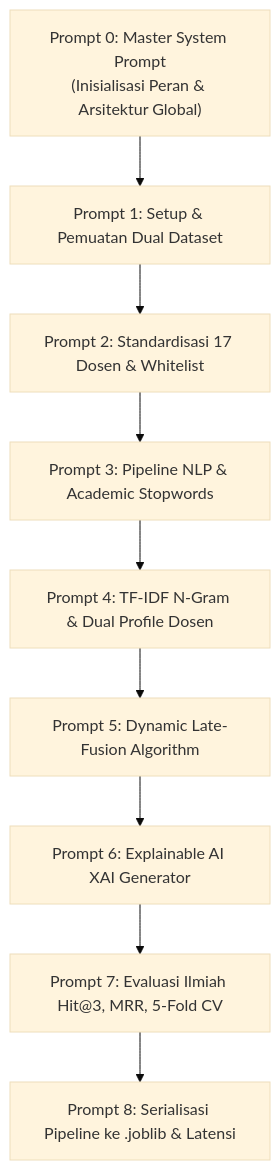
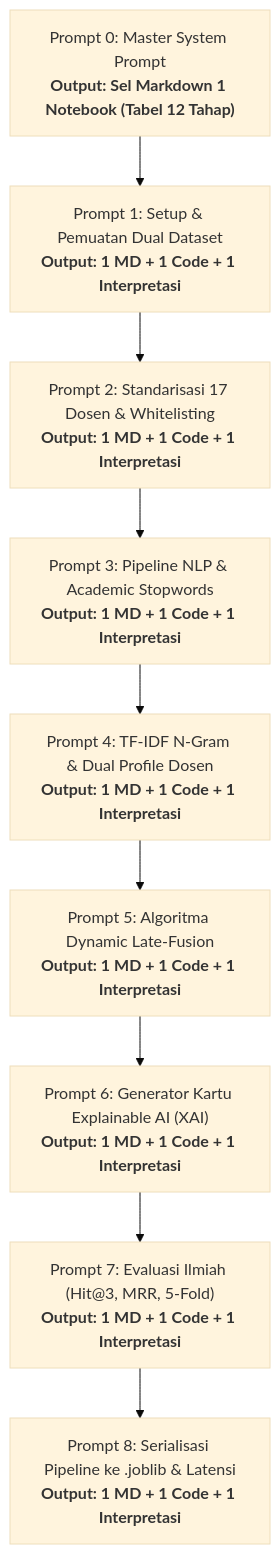
The diagram in docs/Panduan_Prompt_Model_IPYNB.md (accfd/SI-REKTA), drawn with Mermaid (base theme) before and after one commit. The commit also changed other lines of this file, not shown here.

Commit message:
docs: standarisasi prompt ringan 1 MD + 1 Code + 1 Interpretasi dan tabel 12 tahap pada Prompt 0

````diff
--- a/docs/Panduan_Prompt_Model_IPYNB.md
+++ b/docs/Panduan_Prompt_Model_IPYNB.md
@@ -22,11 +30,11 @@
 ```mermaid
 graph TD
-    P0["Prompt 0: Master System Prompt<br>(Inisialisasi Peran & Arsitektur Global)"] --> P1["Prompt 1: Setup & Pemuatan Dual Dataset"]
-    P1 --> P2["Prompt 2: Standardisasi 17 Dosen & Whitelist"]
-    P2 --> P3["Prompt 3: Pipeline NLP & Academic Stopwords"]
-    P3 --> P4["Prompt 4: TF-IDF N-Gram & Dual Profile Dosen"]
-    P4 --> P5["Prompt 5: Dynamic Late-Fusion Algorithm"]
-    P5 --> P6["Prompt 6: Explainable AI XAI Generator"]
-    P6 --> P7["Prompt 7: Evaluasi Ilmiah Hit@3, MRR, 5-Fold CV"]
-    P7 --> P8["Prompt 8: Serialisasi Pipeline ke .joblib & Latensi"]
+    P0["Prompt 0: Master System Prompt<br><b>Output: Sel Markdown 1 Notebook (Tabel 12 Tahap)</b>"] --> P1["Prompt 1: Setup & Pemuatan Dual Dataset<br><b>Output: 1 MD + 1 Code + 1 Interpretasi</b>"]
+    P1 --> P2["Prompt 2: Standarisasi 17 Dosen & Whitelisting<br><b>Output: 1 MD + 1 Code + 1 Interpretasi</b>"]
+    P2 --> P3["Prompt 3: Pipeline NLP & Academic Stopwords<br><b>Output: 1 MD + 1 Code + 1 Interpretasi</b>"]
+    P3 --> P4["Prompt 4: TF-IDF N-Gram & Dual Profile Dosen<br><b>Output: 1 MD + 1 Code + 1 Interpretasi</b>"]
+    P4 --> P5["Prompt 5: Algoritma Dynamic Late-Fusion<br><b>Output: 1 MD + 1 Code + 1 Interpretasi</b>"]
+    P5 --> P6["Prompt 6: Generator Kartu Explainable AI (XAI)<br><b>Output: 1 MD + 1 Code + 1 Interpretasi</b>"]
+    P6 --> P7["Prompt 7: Evaluasi Ilmiah (Hit@3, MRR, 5-Fold)<br><b>Output: 1 MD + 1 Code + 1 Interpretasi</b>"]
+    P7 --> P8["Prompt 8: Serialisasi Pipeline ke .joblib & Latensi<br><b>Output: 1 MD + 1 Code + 1 Interpretasi</b>"]
 ```
````
